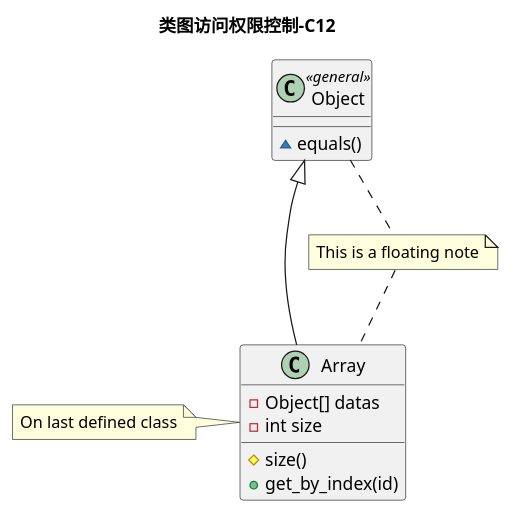
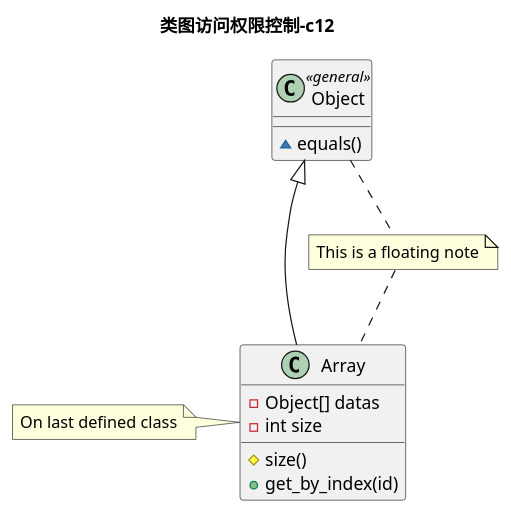
Before and after one commit to securitgithub/plantumlforvscode: the second of 6 diagrams in examples/02_class_charts.puml, drawn with PlantUML. The commit also changed other lines of this file and 43 other files, not shown here.

```diff
--- a/examples/02_class_charts.puml
+++ b/examples/02_class_charts.puml
@@ -24,22 +24,22 @@
 @startuml
-title 类图访问权限控制-C12
+title 类图访问权限控制-c12
 
 class Object << general >>
 Object <|- Array
 Object : ~ equals()
 
 note "This is a floating note" as N1
 
 Object .. N1
 N1 .. Array
 
 class Array
 note left: On last defined class
 
 Array : - Object[] datas
 Array : # size()
 class Array {
     - int size
     + get_by_index(id)
 }
 @enduml
```
